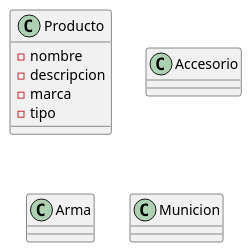
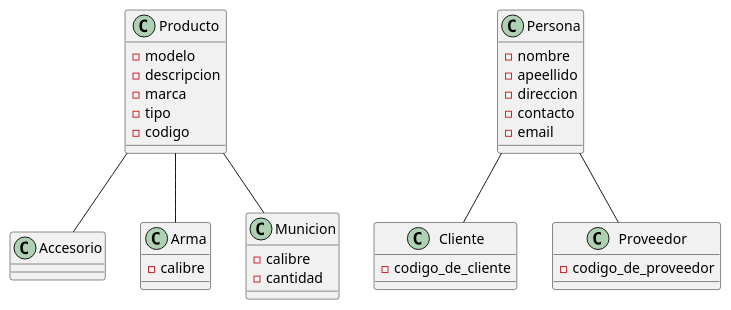
One commit to Tote1958/armeria-america changed the diagram in doc/diagrama2.puml. Above: the diagram before and after it, drawn with PlantUML.

Commit message:
#1 Correccion del diagrama de clases

```diff
--- a/doc/diagrama2.puml
+++ b/doc/diagrama2.puml
@@ -1,19 +1,45 @@
 @startuml Diagrama
 
 class Producto {
-    - nombre
+    - modelo 
     - descripcion
     - marca
     - tipo
+    - codigo
 }
 
-class Accesorio {
-    
+class Accesorio 
+
+class Arma {
+    - calibre
 }
 
-class Arma
+class Municion {
+    - calibre
+    - cantidad
+}
 
-class Municion
+class Persona{
+    - nombre
+    - apeellido
+    - direccion
+    - contacto
+    - email
+}
 
+class Cliente {
+    - codigo_de_cliente
+}
+
+class Proveedor {
+    - codigo_de_proveedor
+}
+
+Producto -- Accesorio
+Producto -- Arma
+Producto -- Municion
+
+Persona -- Cliente
+Persona -- Proveedor
 
 @enduml
```
